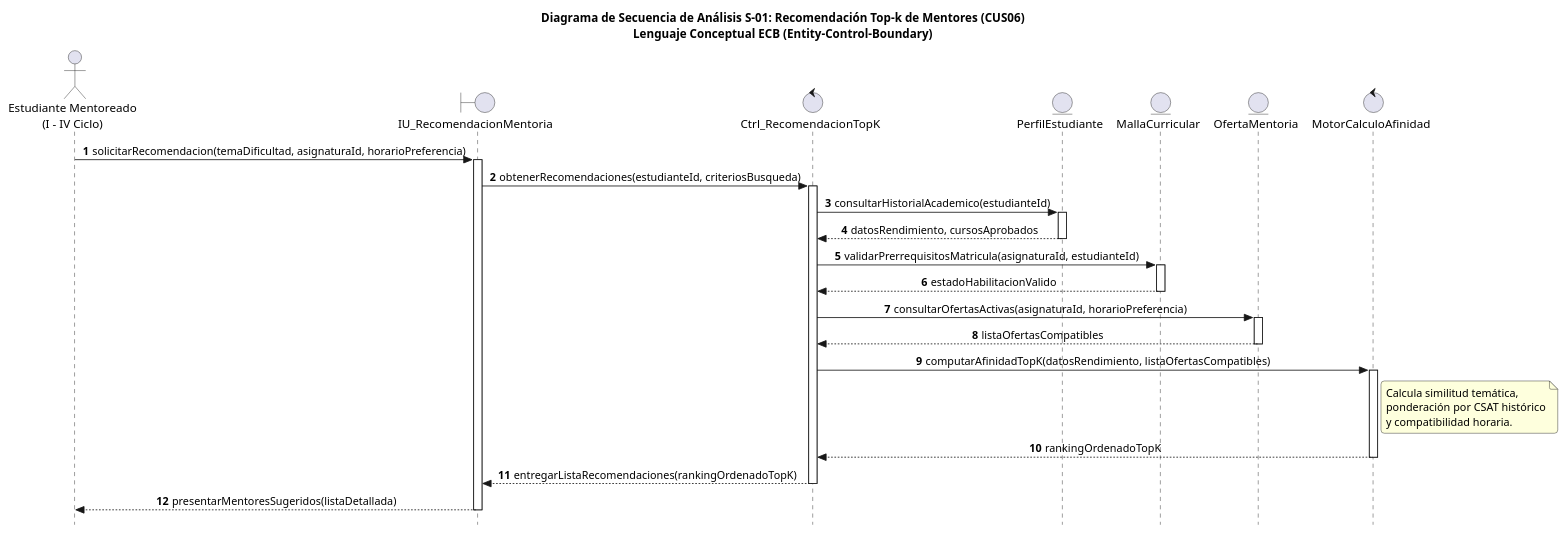
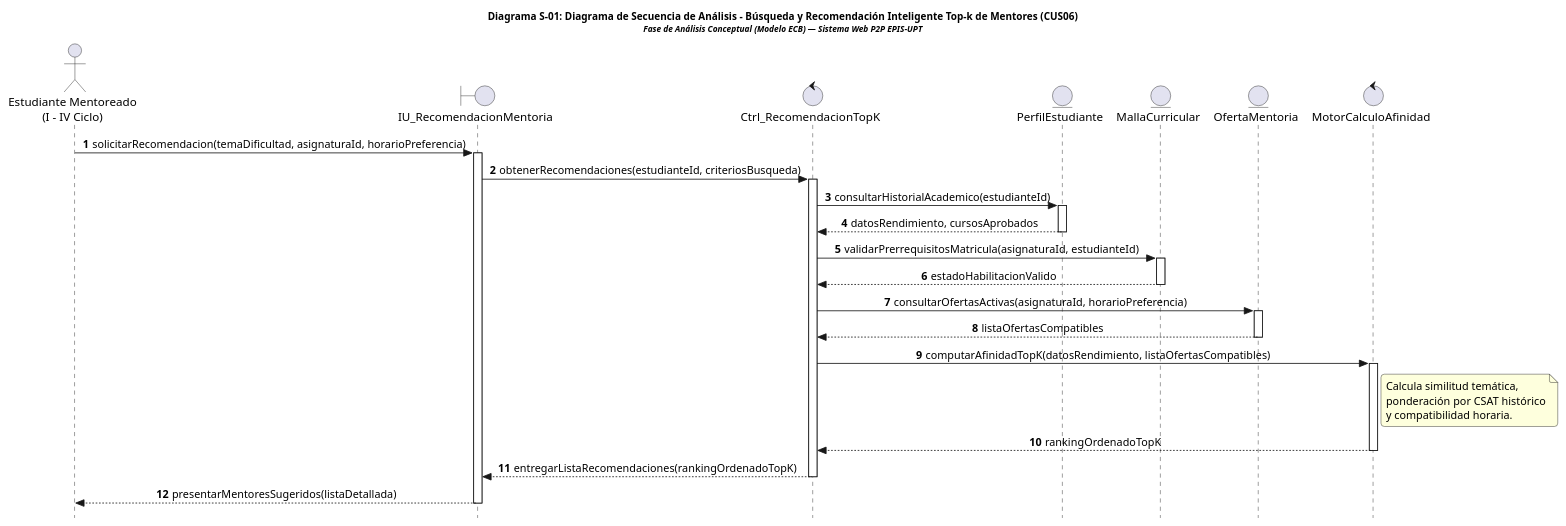
The first of 4 diagrams in docs/diagramas_secuencia_pruebas.md (JMedina255/sistema_web_p2p), drawn with PlantUML before and after one commit. The commit also changed other lines of this file and 3 other files, not shown here.

Commit message:
docs: refactorizar diagramas_de_secuencia.md con estandar formal SAD de analisis ECB y titulos explictos en PlantUML

````diff
--- a/docs/diagramas_secuencia_pruebas.md
+++ b/docs/diagramas_secuencia_pruebas.md
@@ -48,60 +48,60 @@
 ```plantuml
 @startuml
-title Diagrama de Secuencia de Análisis S-01: Recomendación Top-k de Mentores (CUS06)\nLenguaje Conceptual ECB (Entity-Control-Boundary)
+title <size:12><b>Diagrama S-01: Diagrama de Secuencia de Análisis - Búsqueda y Recomendación Inteligente Top-k de Mentores (CUS06)</b></size>\n<size:10><i>Fase de Análisis Conceptual (Modelo ECB) — Sistema Web P2P EPIS-UPT</i></size>
 
 autonumber
 skinparam style strictuml
 skinparam shadowing false
 skinparam roundcorner 8
 skinparam defaultFontName Arial
 skinparam fontSize 10
 skinparam sequenceMessageAlign center
 skinparam responseMessageBelowArrow true
 
 actor "Estudiante Mentoreado\n(I - IV Ciclo)" as Alumno
 boundary "IU_RecomendacionMentoria" as IU_Rec
 control "Ctrl_RecomendacionTopK" as Ctrl_Rec
 entity "PerfilEstudiante" as Ent_Perfil
 entity "MallaCurricular" as Ent_Malla
 entity "OfertaMentoria" as Ent_Oferta
 control "MotorCalculoAfinidad" as Ctrl_IA
 
 Alumno -> IU_Rec : solicitarRecomendacion(temaDificultad, asignaturaId, horarioPreferencia)
 activate IU_Rec
 
 IU_Rec -> Ctrl_Rec : obtenerRecomendaciones(estudianteId, criteriosBusqueda)
 activate Ctrl_Rec
 
 Ctrl_Rec -> Ent_Perfil : consultarHistorialAcademico(estudianteId)
 activate Ent_Perfil
 Ent_Perfil --> Ctrl_Rec : datosRendimiento, cursosAprobados
 deactivate Ent_Perfil
 
 Ctrl_Rec -> Ent_Malla : validarPrerrequisitosMatricula(asignaturaId, estudianteId)
 activate Ent_Malla
 Ent_Malla --> Ctrl_Rec : estadoHabilitacionValido
 deactivate Ent_Malla
 
 Ctrl_Rec -> Ent_Oferta : consultarOfertasActivas(asignaturaId, horarioPreferencia)
 activate Ent_Oferta
 Ent_Oferta --> Ctrl_Rec : listaOfertasCompatibles
 deactivate Ent_Oferta
 
 Ctrl_Rec -> Ctrl_IA : computarAfinidadTopK(datosRendimiento, listaOfertasCompatibles)
 activate Ctrl_IA
 note right of Ctrl_IA
   Calcula similitud temática,
   ponderación por CSAT histórico
   y compatibilidad horaria.
 end note
 Ctrl_IA --> Ctrl_Rec : rankingOrdenadoTopK
 deactivate Ctrl_IA
 
 Ctrl_Rec --> IU_Rec : entregarListaRecomendaciones(rankingOrdenadoTopK)
 deactivate Ctrl_Rec
 
 IU_Rec --> Alumno : presentarMentoresSugeridos(listaDetallada)
 deactivate IU_Rec
 
 @enduml
 ```
````
